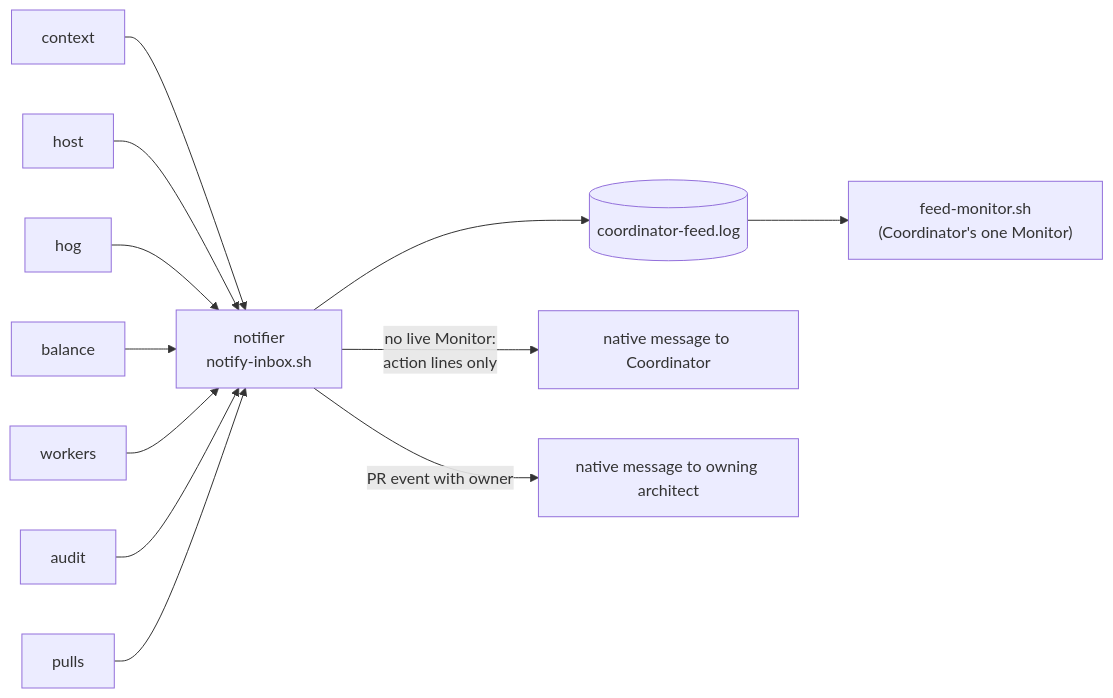
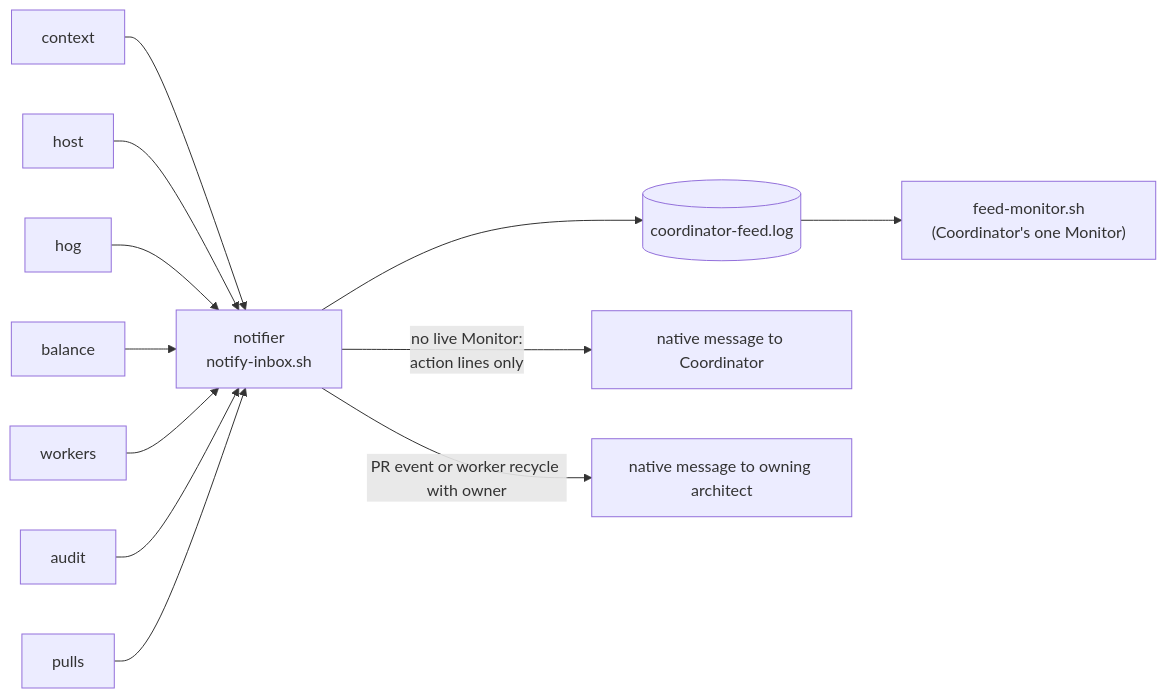
Before and after one commit to alexsavio/ai-agent-orchestration: the fourth of 5 diagrams in docs/architecture.md, drawn with Mermaid. The commit also changed other lines of this file and 7 other files, not shown here.

First line of the commit message:
fix(coordinator): worker recycle review fixes (owner rows, feed read failure, procedure wait)

````diff
--- a/docs/architecture.md
+++ b/docs/architecture.md
@@ -121,14 +121,14 @@
 ```mermaid
 flowchart LR
     ctx[context] --> N
     host[host] --> N
     hog[hog] --> N
     bal[balance] --> N
     wrk[workers] --> N
     aud[audit] --> N
     pul[pulls] --> N
     N["notifier<br/>notify-inbox.sh"] --> F[("coordinator-feed.log")]
     F --> M["feed-monitor.sh<br/>(Coordinator's one Monitor)"]
     N -->|"no live Monitor:<br/>action lines only"| NC["native message to Coordinator"]
-    N -->|"PR event with owner"| NA["native message to owning architect"]
+    N -->|"PR event or worker recycle with owner"| NA["native message to owning architect"]
 ```
````
